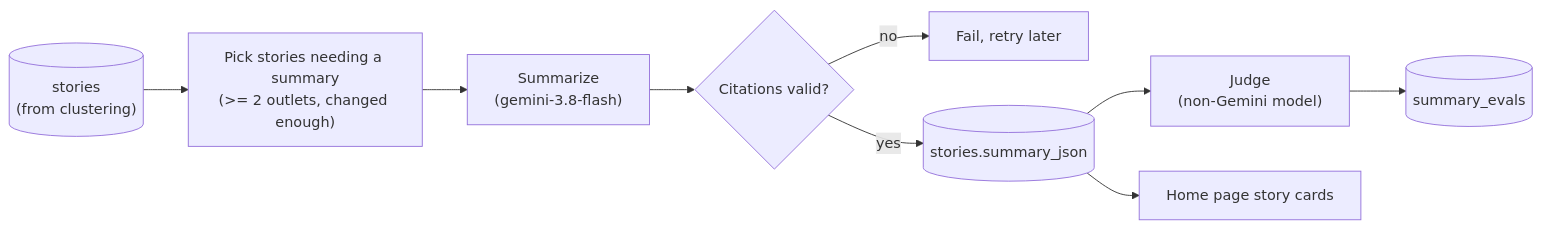
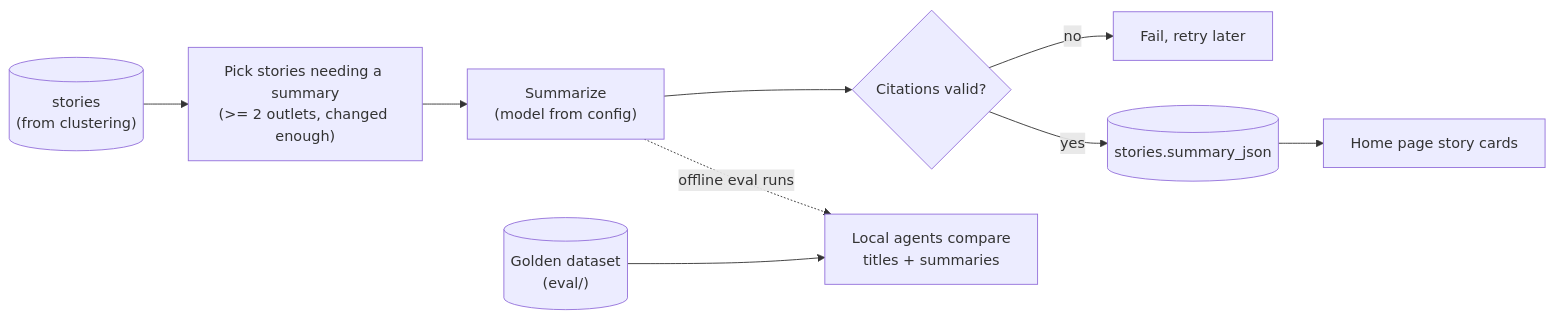
The diagram in docs/product/story-summary-v1/tdd.md (camricksolorio/better-news), drawn with Mermaid before and after one commit. The commit also changed other lines of this file and 10 other files, not shown here.

First line of the commit message:
Add story summarizer and local-agent eval harness

````diff
--- a/docs/product/story-summary-v1/tdd.md
+++ b/docs/product/story-summary-v1/tdd.md
@@ -37,11 +37,11 @@
 ```mermaid
 flowchart LR
   st[("stories<br/>(from clustering)")] --> pick["Pick stories needing a summary<br/>(>= 2 outlets, changed enough)"]
-  pick --> llm["Summarize<br/>(gemini-3.8-flash)"]
+  pick --> llm["Summarize<br/>(model from config)"]
   llm --> val{"Citations valid?"}
   val -- no --> fail["Fail, retry later"]
   val -- yes --> store[("stories.summary_json")]
-  store --> judge["Judge<br/>(non-Gemini model)"]
-  judge --> ev[("summary_evals")]
   store --> home["Home page story cards"]
+  gold[("Golden dataset<br/>(eval/)")] --> agents["Local agents compare<br/>titles + summaries"]
+  llm -. "offline eval runs" .-> agents
 ```
````
